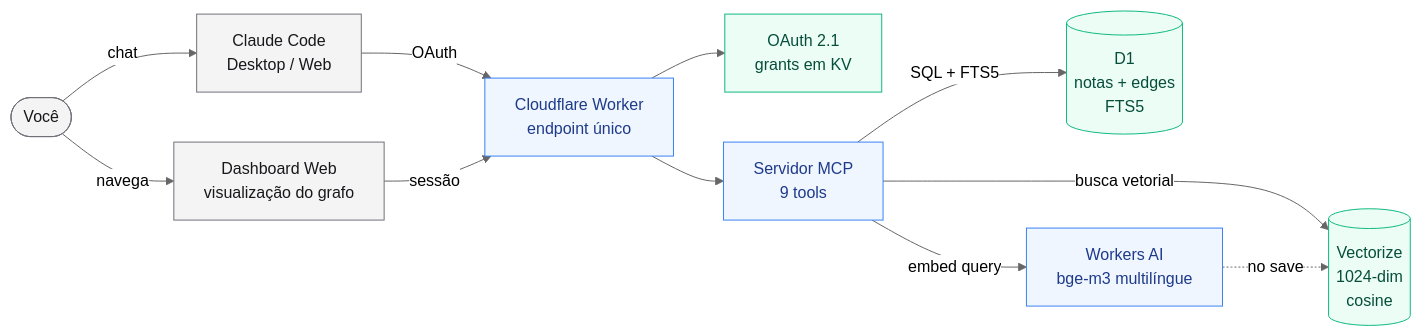
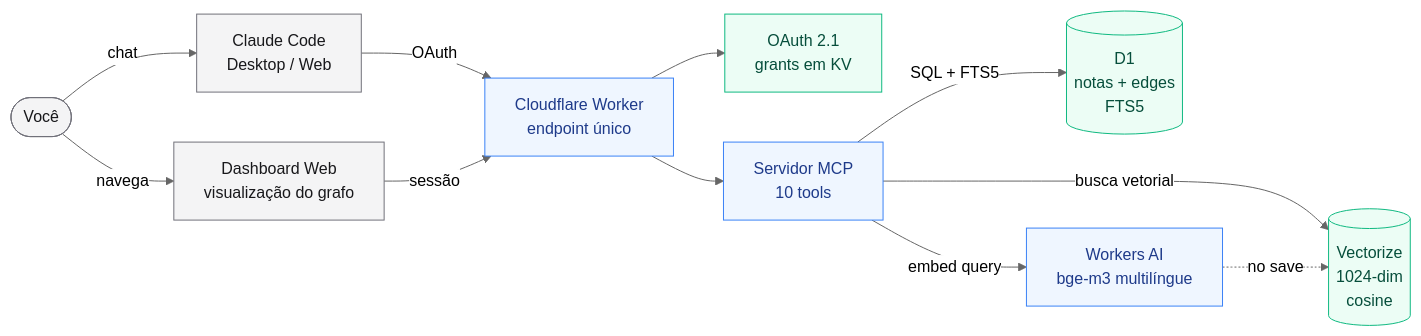
One commit to Expert-Integrado/expert-brain changed the first of 2 diagrams in README.md. Above: the diagram before and after it, drawn with Mermaid (neutral theme). The commit also changed other lines of this file and 1 other file, not shown here.

````diff
--- a/README.md
+++ b/README.md
@@ -221,30 +221,30 @@
 ```mermaid
 flowchart LR
     User([Você])
     Claude[Claude Code<br/>Desktop / Web]
     Worker[Cloudflare Worker<br/>endpoint único]
     OAuth[OAuth 2.1<br/>grants em KV]
-    MCP[Servidor MCP<br/>9 tools]
+    MCP[Servidor MCP<br/>10 tools]
     D1[(D1<br/>notas + edges<br/>FTS5)]
     Vec[(Vectorize<br/>1024-dim<br/>cosine)]
     AI[Workers AI<br/>bge-m3 multilíngue]
     Web[Dashboard Web<br/>visualização do grafo]
 
     User -->|chat| Claude
     User -->|navega| Web
     Claude -->|OAuth| Worker
     Web -->|sessão| Worker
     Worker --> OAuth
     Worker --> MCP
     MCP -->|SQL + FTS5| D1
     MCP -->|embed query| AI
     MCP -->|busca vetorial| Vec
     AI -.->|no save| Vec
 
     classDef edge fill:#f4f4f5,stroke:#71717a,color:#18181b
     classDef store fill:#ecfdf5,stroke:#10b981,color:#064e3b
     classDef compute fill:#eff6ff,stroke:#3b82f6,color:#1e3a8a
     class User,Claude,Web edge
     class D1,Vec,OAuth store
     class Worker,MCP,AI compute
 ```
````
